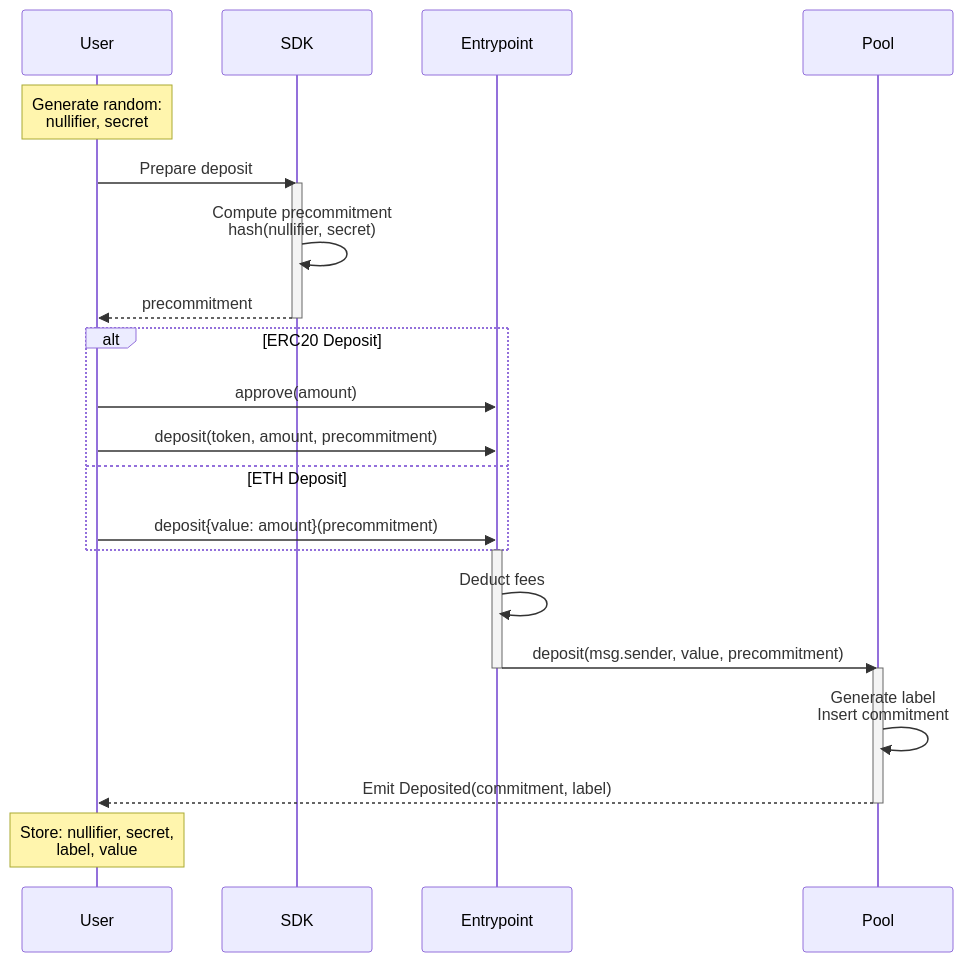
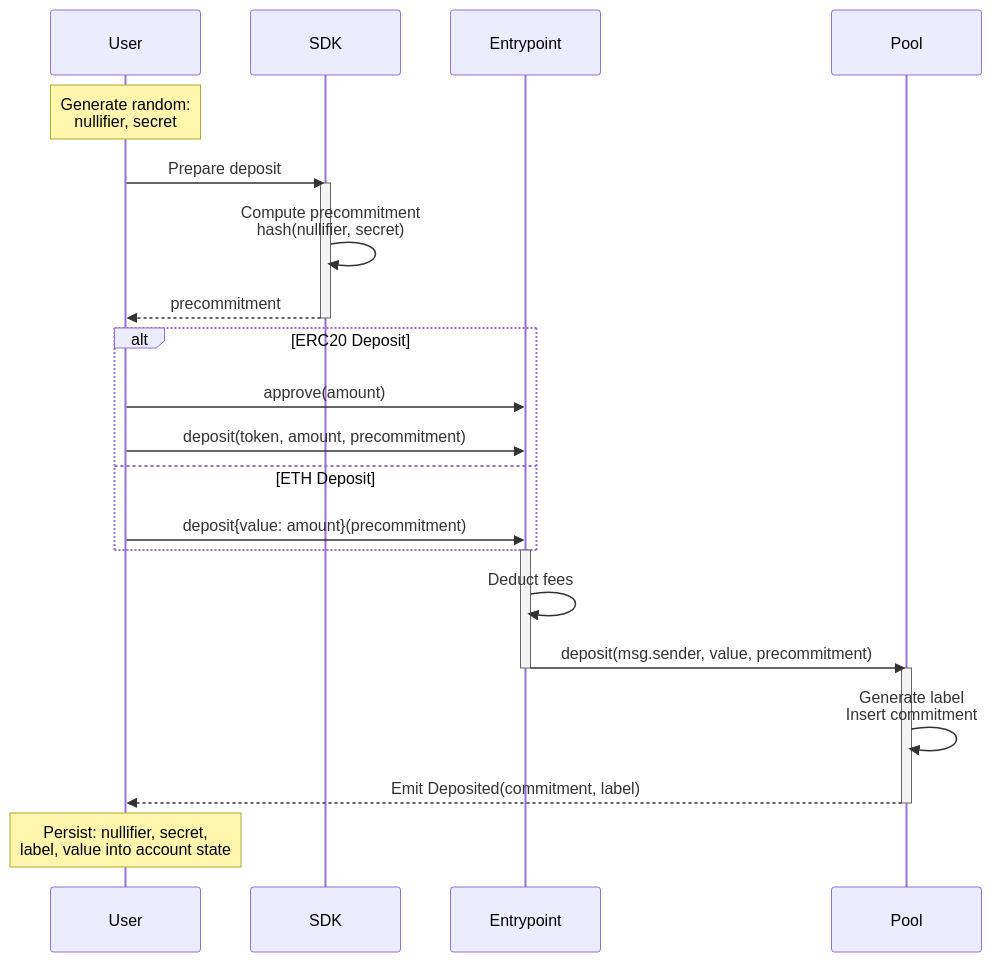
Before and after one commit to 0xmatthewb/privacy-pools-core: the first of 2 diagrams in docs/docs/protocol/deposit.md, drawn with Mermaid. The commit also changed other lines of this file and 3 other files, not shown here.

````diff
--- a/docs/docs/protocol/deposit.md
+++ b/docs/docs/protocol/deposit.md
@@ -23,35 +33,35 @@
 ```mermaid
 sequenceDiagram
     participant User
     participant SDK
     participant Entrypoint
     participant Pool
 
 
     Note over User: Generate random:<br/>nullifier, secret
     User->>SDK: Prepare deposit
 
     activate SDK
     SDK->>SDK: Compute precommitment<br/>hash(nullifier, secret)
     SDK-->>User: precommitment
     deactivate SDK
 
     alt ERC20 Deposit
         User->>Entrypoint: approve(amount)
         User->>Entrypoint: deposit(token, amount, precommitment)
     else ETH Deposit
         User->>Entrypoint: deposit{value: amount}(precommitment)
     end
 
     activate Entrypoint
     Entrypoint->>Entrypoint: Deduct fees
     Entrypoint->>Pool: deposit(msg.sender, value, precommitment)
     deactivate Entrypoint
 
     activate Pool
     Pool->>Pool: Generate label<br/>Insert commitment
     Pool-->>User: Emit Deposited(commitment, label)
     deactivate Pool
 
-    Note over User: Store: nullifier, secret,<br/>label, value
+    Note over User: Persist: nullifier, secret,<br/>label, value into account state
 ```
````
